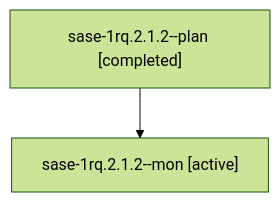
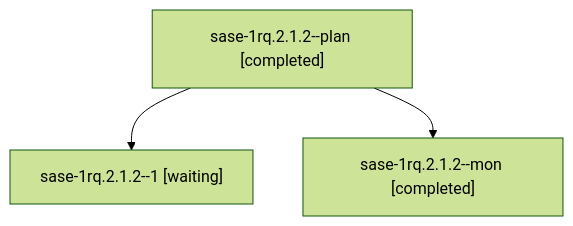
The diagram in sessions/bbugyi200.athena.sase-1rq.2.1.2.md (sase-org/sase--agents), drawn with Mermaid (forest theme) before and after one commit. The commit also changed other lines of this file and 146 other files, not shown here.

````diff
--- a/sessions/bbugyi200.athena.sase-1rq.2.1.2.md
+++ b/sessions/bbugyi200.athena.sase-1rq.2.1.2.md
@@ -9,6 +9,8 @@
 ```mermaid
 flowchart TD
   n0["sase-1rq.2.1.2--plan [completed]"]
-  n1["sase-1rq.2.1.2--mon [active]"]
+  n1["sase-1rq.2.1.2--1 [waiting]"]
   n0 --> n1
+  n2["sase-1rq.2.1.2--mon [completed]"]
+  n0 --> n2
 ```
````
